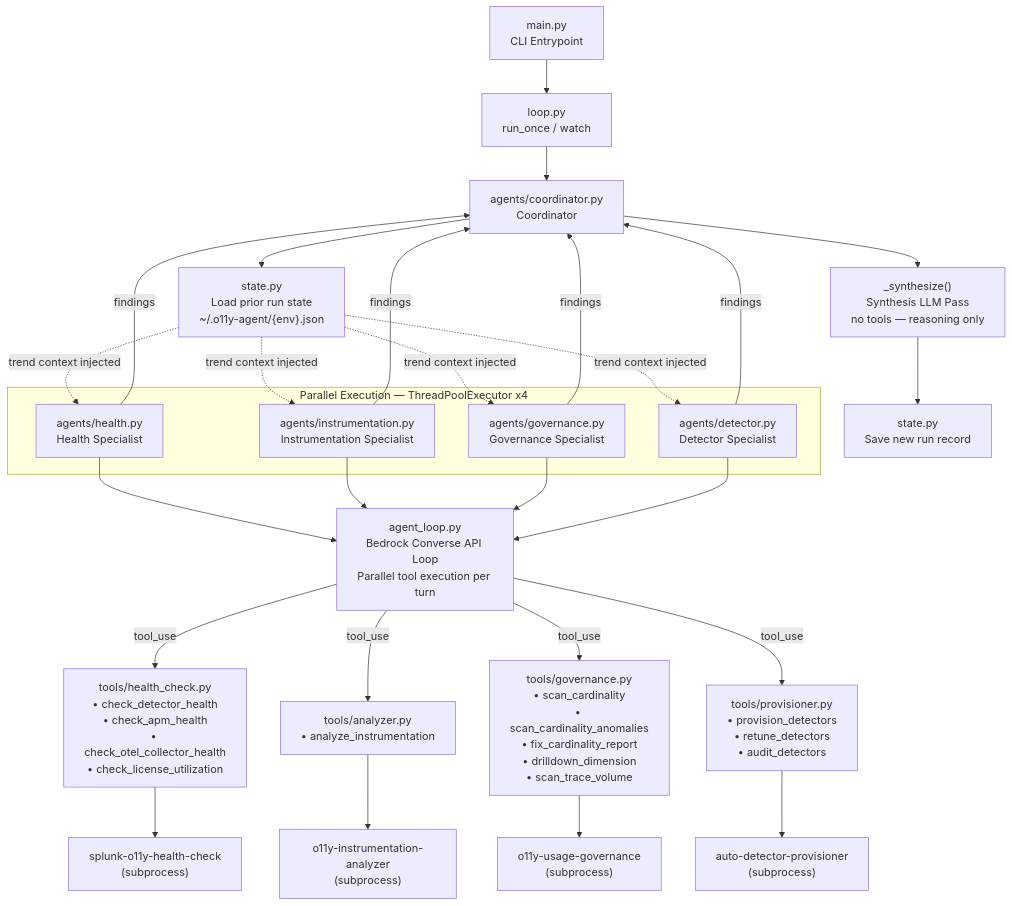
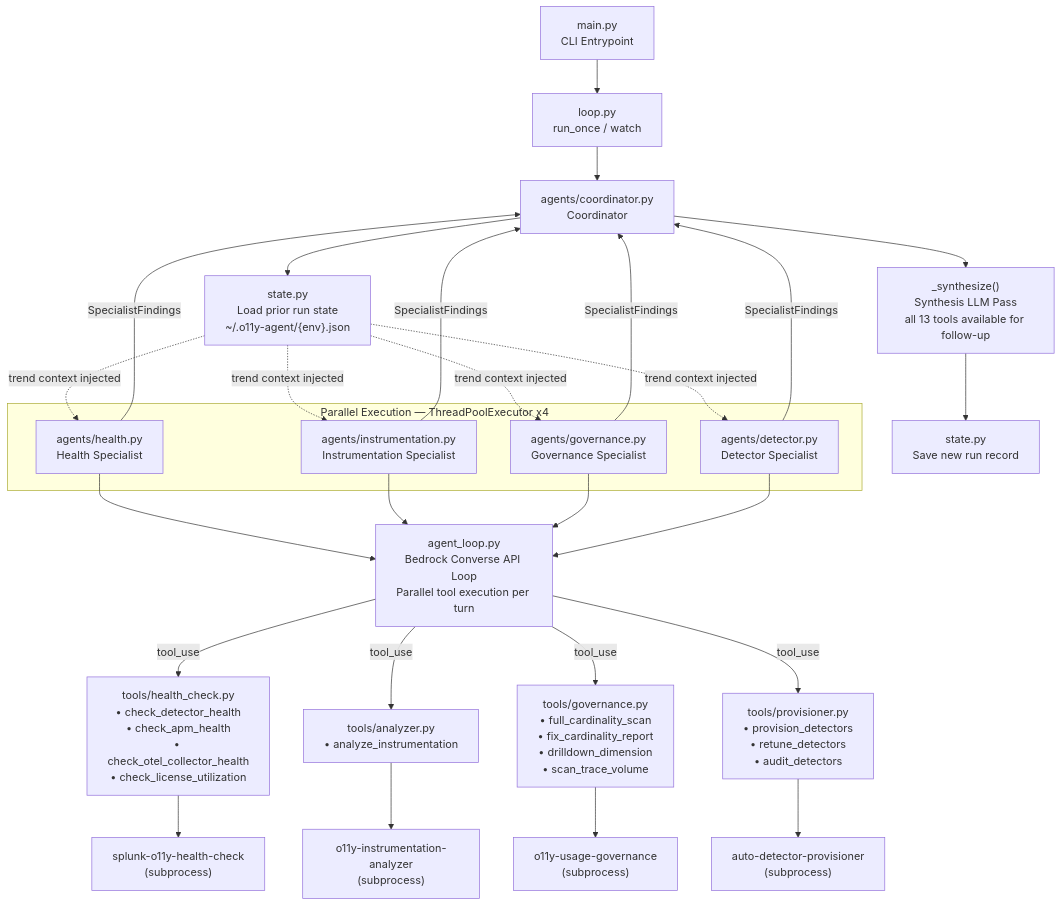
One commit to mqbui1/autonomous-o11y-agent changed the first of 2 diagrams in README.md. Above: the diagram before and after it, drawn with Mermaid. The commit also changed other lines of this file, not shown here.

First line of the commit message:
docs: update README with streaming mode, gateway co-deployment, and Helm chart

````diff
--- a/README.md
+++ b/README.md
@@ -9,63 +24,63 @@
 ```mermaid
 flowchart TD
     CLI["main.py\nCLI Entrypoint"]
     LOOP["loop.py\nrun_once / watch"]
     COORD["agents/coordinator.py\nCoordinator"]
     STATE_IN["state.py\nLoad prior run state\n~/.o11y-agent/{env}.json"]
     STATE_OUT["state.py\nSave new run record"]
 
     HEALTH["agents/health.py\nHealth Specialist"]
     INSTR["agents/instrumentation.py\nInstrumentation Specialist"]
     GOV["agents/governance.py\nGovernance Specialist"]
     DET["agents/detector.py\nDetector Specialist"]
 
-    SYNTH["_synthesize()\nSynthesis LLM Pass\nno tools — reasoning only"]
+    SYNTH["_synthesize()\nSynthesis LLM Pass\nall 13 tools available for follow-up"]
 
     T_HEALTH["tools/health_check.py\n• check_detector_health\n• check_apm_health\n• check_otel_collector_health\n• check_license_utilization"]
     T_INSTR["tools/analyzer.py\n• analyze_instrumentation"]
-    T_GOV["tools/governance.py\n• scan_cardinality\n• scan_cardinality_anomalies\n• fix_cardinality_report\n• drilldown_dimension\n• scan_trace_volume"]
+    T_GOV["tools/governance.py\n• full_cardinality_scan\n• fix_cardinality_report\n• drilldown_dimension\n• scan_trace_volume"]
     T_DET["tools/provisioner.py\n• provision_detectors\n• retune_detectors\n• audit_detectors"]
 
     LOOP_CORE["agent_loop.py\nBedrock Converse API Loop\nParallel tool execution per turn"]
 
     EXT1["splunk-o11y-health-check\n(subprocess)"]
     EXT2["o11y-instrumentation-analyzer\n(subprocess)"]
     EXT3["o11y-usage-governance\n(subprocess)"]
     EXT4["auto-detector-provisioner\n(subprocess)"]
 
     CLI --> LOOP --> COORD
     COORD --> STATE_IN
     STATE_IN -.->|trend context injected| HEALTH
     STATE_IN -.->|trend context injected| INSTR
     STATE_IN -.->|trend context injected| GOV
     STATE_IN -.->|trend context injected| DET
 
     subgraph parallel ["Parallel Execution — ThreadPoolExecutor x4"]
         HEALTH
         INSTR
         GOV
         DET
     end
 
     HEALTH --> LOOP_CORE
     INSTR --> LOOP_CORE
     GOV --> LOOP_CORE
     DET --> LOOP_CORE
 
     LOOP_CORE -->|tool_use| T_HEALTH
     LOOP_CORE -->|tool_use| T_INSTR
     LOOP_CORE -->|tool_use| T_GOV
     LOOP_CORE -->|tool_use| T_DET
 
     T_HEALTH --> EXT1
     T_INSTR --> EXT2
     T_GOV --> EXT3
     T_DET --> EXT4
 
-    HEALTH -->|findings| COORD
-    INSTR -->|findings| COORD
-    GOV -->|findings| COORD
-    DET -->|findings| COORD
+    HEALTH -->|SpecialistFindings| COORD
+    INSTR -->|SpecialistFindings| COORD
+    GOV -->|SpecialistFindings| COORD
+    DET -->|SpecialistFindings| COORD
 
     COORD --> SYNTH --> STATE_OUT
 ```
````
